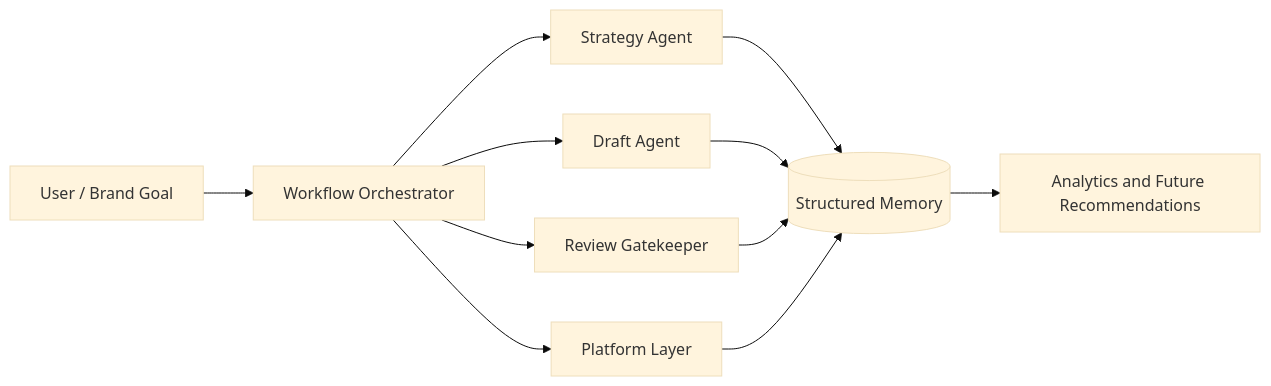
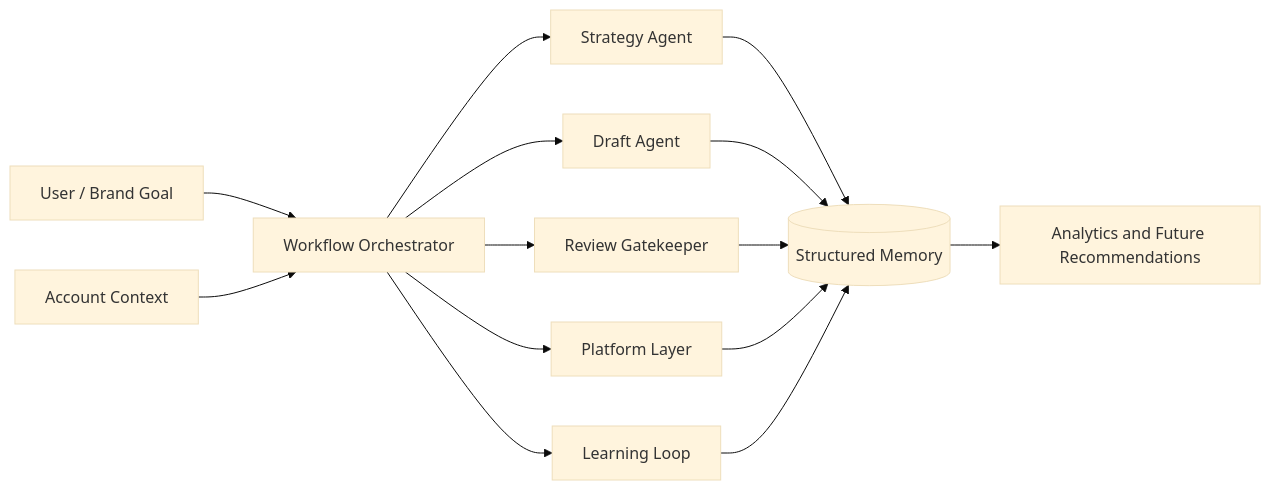
Before and after one commit to Prashamv/kourai-skill-tree: the diagram in diagrams/system-architecture.md, drawn with Mermaid (base theme). The commit also changed 13 other files, not shown here.

````diff
--- a/diagrams/system-architecture.md
+++ b/diagrams/system-architecture.md
@@ -3,13 +3,16 @@
 ```mermaid
 flowchart LR
     U[User / Brand Goal] --> O[Workflow Orchestrator]
+    AC[Account Context] --> O
     O --> S[Strategy Agent]
     O --> D[Draft Agent]
     O --> R[Review Gatekeeper]
     O --> P[Platform Layer]
+    O --> L[Learning Loop]
     S --> M[(Structured Memory)]
     D --> M
     R --> M
     P --> M
+    L --> M
     M --> A[Analytics and Future Recommendations]
 ```
````
